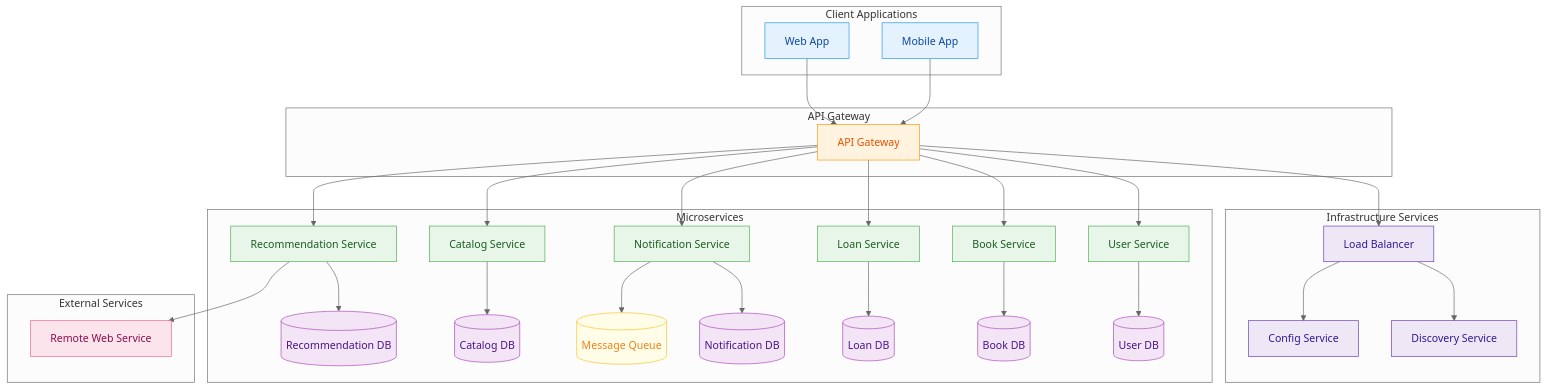
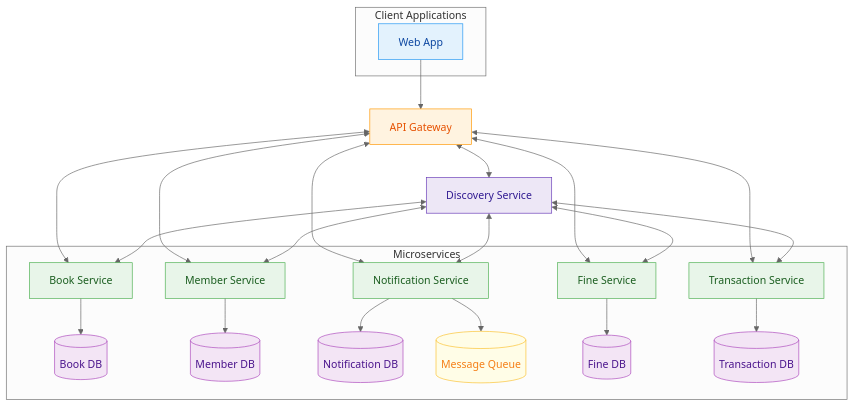
The diagram in README.md (parth-deshmukh-dev/Library-Management-System-ms), drawn with Mermaid (neutral theme) before and after one commit.

````diff
--- a/README.md
+++ b/README.md
@@ -47,63 +47,44 @@
 ```mermaid
 flowchart TD
- 
   subgraph Client [Client Applications]
     A[Web App]
-    B[Mobile App]
   end
- 
-  subgraph Gateway [API Gateway]
     C[API Gateway]
-  end
- 
-  subgraph Infra [Infrastructure Services]
-    D[Load Balancer]
     E[Discovery Service]
-    F[Config Service]
-  end
- 
   subgraph Services [Microservices]
-    G[User Service] --> GDB[(User DB)]
-    H[Book Service] --> HDB[(Book DB)]
-    I[Loan Service] --> IDB[(Loan DB)]
+    G[Book Service] --> GDB[(Book DB)]
+    H[Member Service] --> HDB[(Member DB)]
     J[Notification Service] --> JDB[(Notification DB)]
     J --> Queue[(Message Queue)]
-    K[Catalog Service] --> KDB[(Catalog DB)]
-    L[Recommendation Service] --> LDB[(Recommendation DB)]
+    K[Fine Service] --> KDB[(Fine DB)]
+    L[Transaction Service] --> LDB[(Transaction DB)]
   end
- 
-  subgraph External [External Services]
-    M[Remote Web Service]
-  end
- 
   %% Connections
   A --> C
-  B --> C
-  C --> D
-  D --> E
-  D --> F
-  C --> G
-  C --> H
-  C --> I
-  C --> J
-  C --> K
-  C --> L
-  L --> M
- 
+  C <--> E
+  C <--> G
+  C <--> H
+  C <--> J
+  C <--> K
+  C <--> L
+  E <--> G
+  E <--> H
+  E <--> J
+  E <--> K
+  E <--> L
   %% Styling
   classDef client fill:#e3f2fd,stroke:#2196f3,color:#0d47a1
   classDef gateway fill:#fff3e0,stroke:#ff9800,color:#e65100
   classDef infra fill:#ede7f6,stroke:#673ab7,color:#311b92
   classDef service fill:#e8f5e9,stroke:#4caf50,color:#1b5e20
   classDef external fill:#fce4ec,stroke:#f06292,color:#880e4f
   classDef db fill:#f3e5f5,stroke:#ab47bc,color:#4a148c
   classDef queue fill:#fffde7,stroke:#fbc02d,color:#f57f17
- 
   class A,B client
   class C gateway
   class D,E,F infra
   class G,H,I,J,K,L service
   class M external
   class GDB,HDB,IDB,JDB,KDB,LDB db
   class Queue queue
 ```
````
